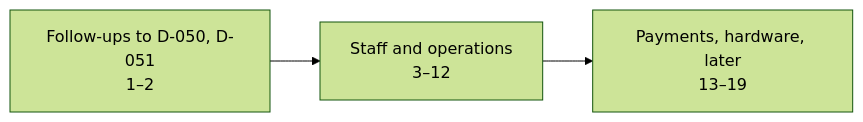
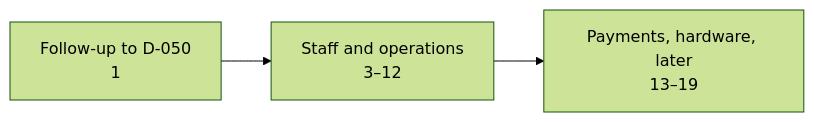
The diagram in docs/open-questions.md (Gafion/FitnessCenterSystem), drawn with Mermaid (forest theme) before and after one commit. The commit also changed other lines of this file and 4 other files, not shown here.

````diff
--- a/docs/open-questions.md
+++ b/docs/open-questions.md
@@ -77,4 +78,4 @@
 ```mermaid
 flowchart LR
-  N["Follow-ups to D-050, D-051<br/>1–2"] --> S["Staff and operations<br/>3–12"] --> L["Payments, hardware, later<br/>13–19"]
+  N["Follow-up to D-050<br/>1"] --> S["Staff and operations<br/>3–12"] --> L["Payments, hardware, later<br/>13–19"]
 ```
````
